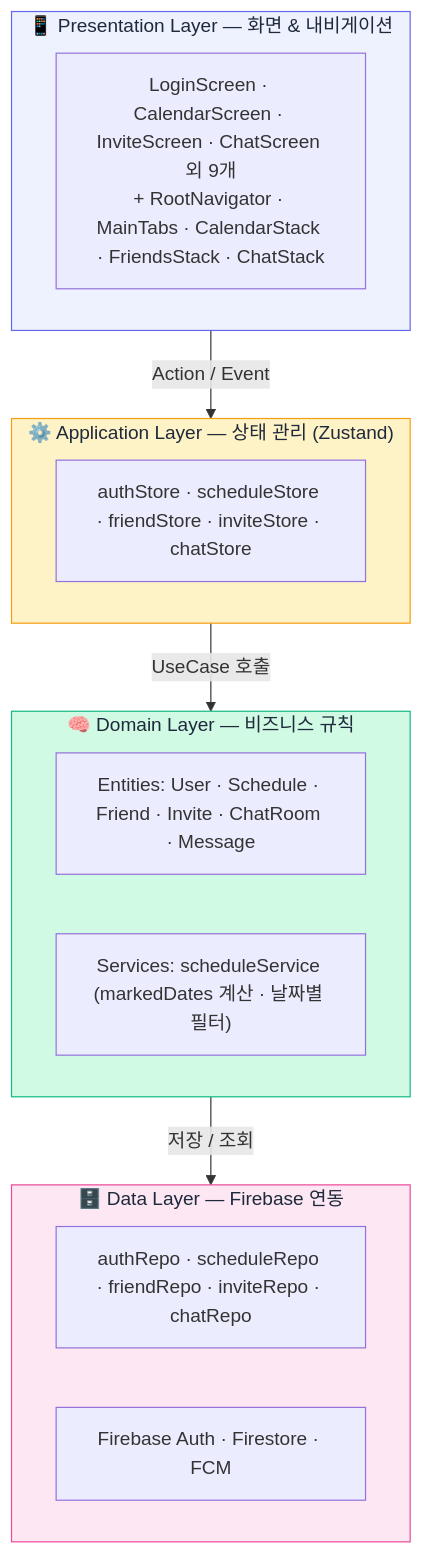
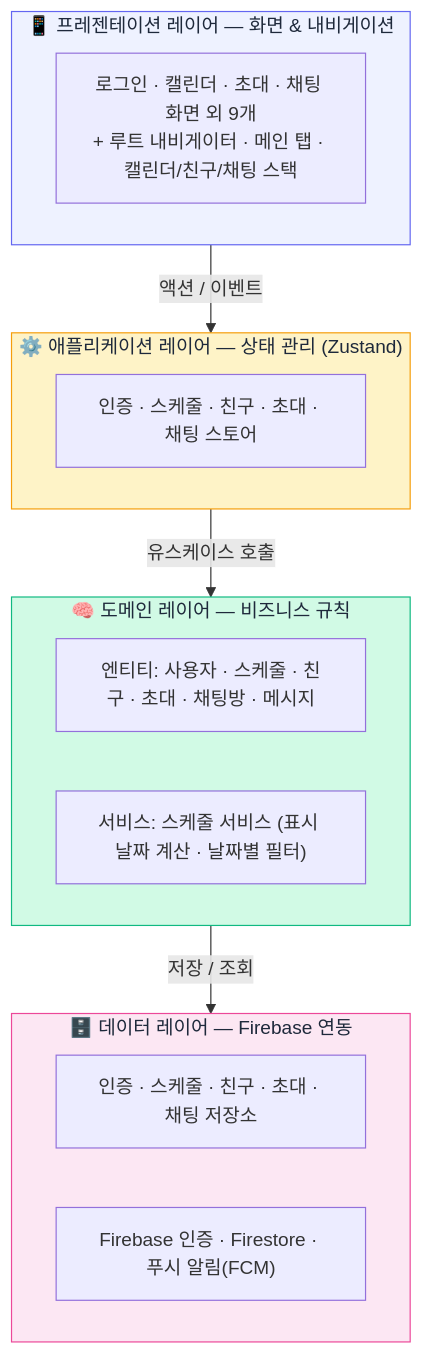
Before and after one commit to kmk-123/app-programming-ai: the diagram in docs/presentation.md, drawn with Mermaid. The commit also changed other lines of this file, not shown here.

Commit message:
docs: 발표자료 아키텍처 슬라이드 영문 → 한국어 변환

````diff
--- a/docs/presentation.md
+++ b/docs/presentation.md
@@ -215,25 +215,25 @@
 ```mermaid
 flowchart TD
-    subgraph P["📱 Presentation Layer — 화면 & 내비게이션"]
-        SC["LoginScreen · CalendarScreen · InviteScreen · ChatScreen 외 9개\n+ RootNavigator · MainTabs · CalendarStack · FriendsStack · ChatStack"]
+    subgraph P["📱 프레젠테이션 레이어 — 화면 & 내비게이션"]
+        SC["로그인 · 캘린더 · 초대 · 채팅 화면 외 9개\n+ 루트 내비게이터 · 메인 탭 · 캘린더/친구/채팅 스택"]
     end
-    subgraph A["⚙️ Application Layer — 상태 관리 (Zustand)"]
-        ST["authStore · scheduleStore · friendStore · inviteStore · chatStore"]
+    subgraph A["⚙️ 애플리케이션 레이어 — 상태 관리 (Zustand)"]
+        ST["인증 · 스케줄 · 친구 · 초대 · 채팅 스토어"]
     end
-    subgraph D["🧠 Domain Layer — 비즈니스 규칙"]
-        EN["Entities: User · Schedule · Friend · Invite · ChatRoom · Message"]
-        SV["Services: scheduleService (markedDates 계산 · 날짜별 필터)"]
+    subgraph D["🧠 도메인 레이어 — 비즈니스 규칙"]
+        EN["엔티티: 사용자 · 스케줄 · 친구 · 초대 · 채팅방 · 메시지"]
+        SV["서비스: 스케줄 서비스 (표시 날짜 계산 · 날짜별 필터)"]
     end
-    subgraph DA["🗄️ Data Layer — Firebase 연동"]
-        RE["authRepo · scheduleRepo · friendRepo · inviteRepo · chatRepo"]
-        FB["Firebase Auth · Firestore · FCM"]
+    subgraph DA["🗄️ 데이터 레이어 — Firebase 연동"]
+        RE["인증 · 스케줄 · 친구 · 초대 · 채팅 저장소"]
+        FB["Firebase 인증 · Firestore · 푸시 알림(FCM)"]
     end
-    P -->|"Action / Event"| A
-    A -->|"UseCase 호출"| D
+    P -->|"액션 / 이벤트"| A
+    A -->|"유스케이스 호출"| D
     D -->|"저장 / 조회"| DA
 
     style P  fill:#eef2ff,stroke:#6366f1,color:#1e293b
     style A  fill:#fef3c7,stroke:#f59e0b,color:#1e293b
     style D  fill:#d1fae5,stroke:#10b981,color:#1e293b
     style DA fill:#fce7f3,stroke:#ec4899,color:#1e293b
 ```
````
